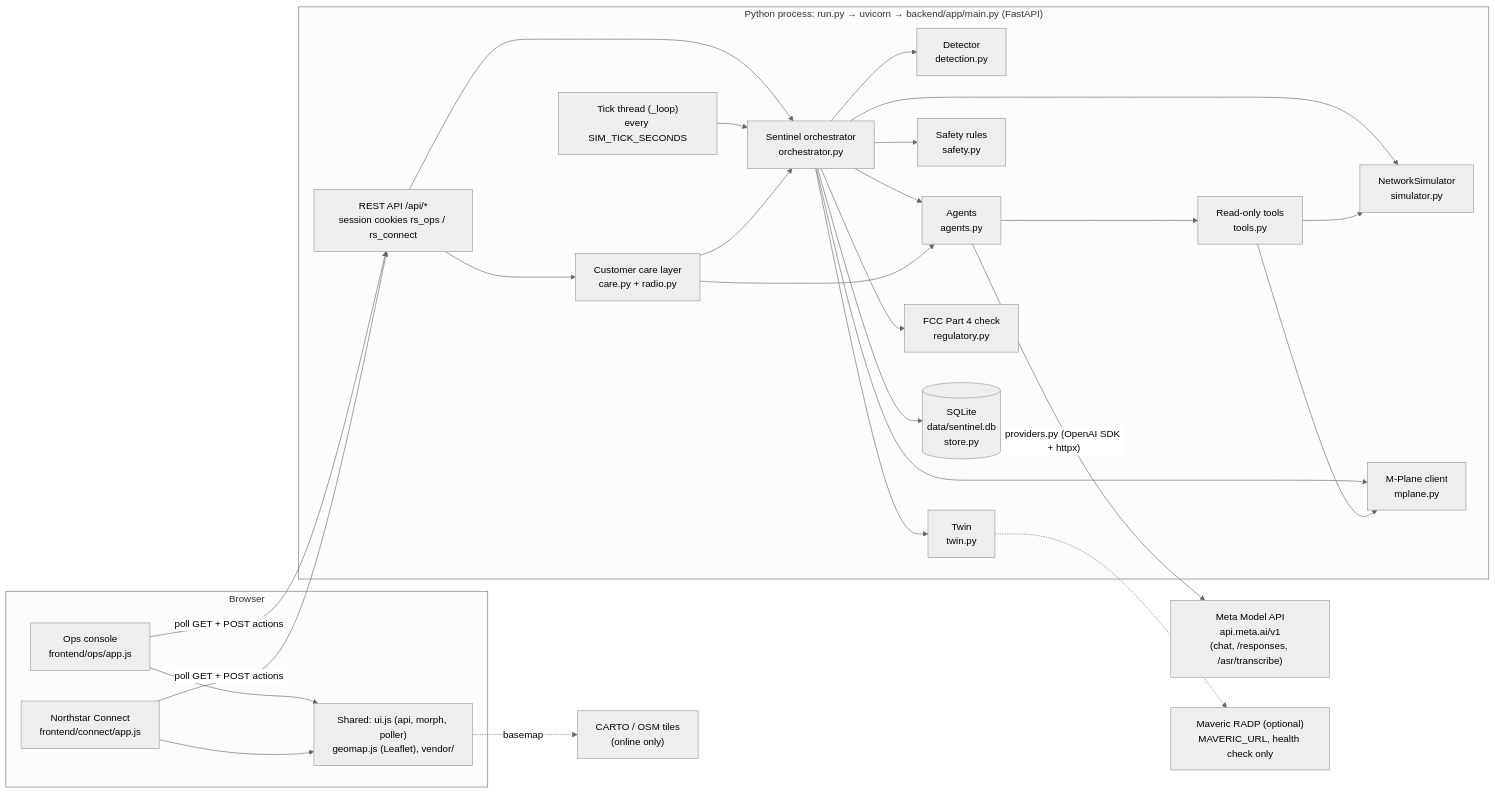
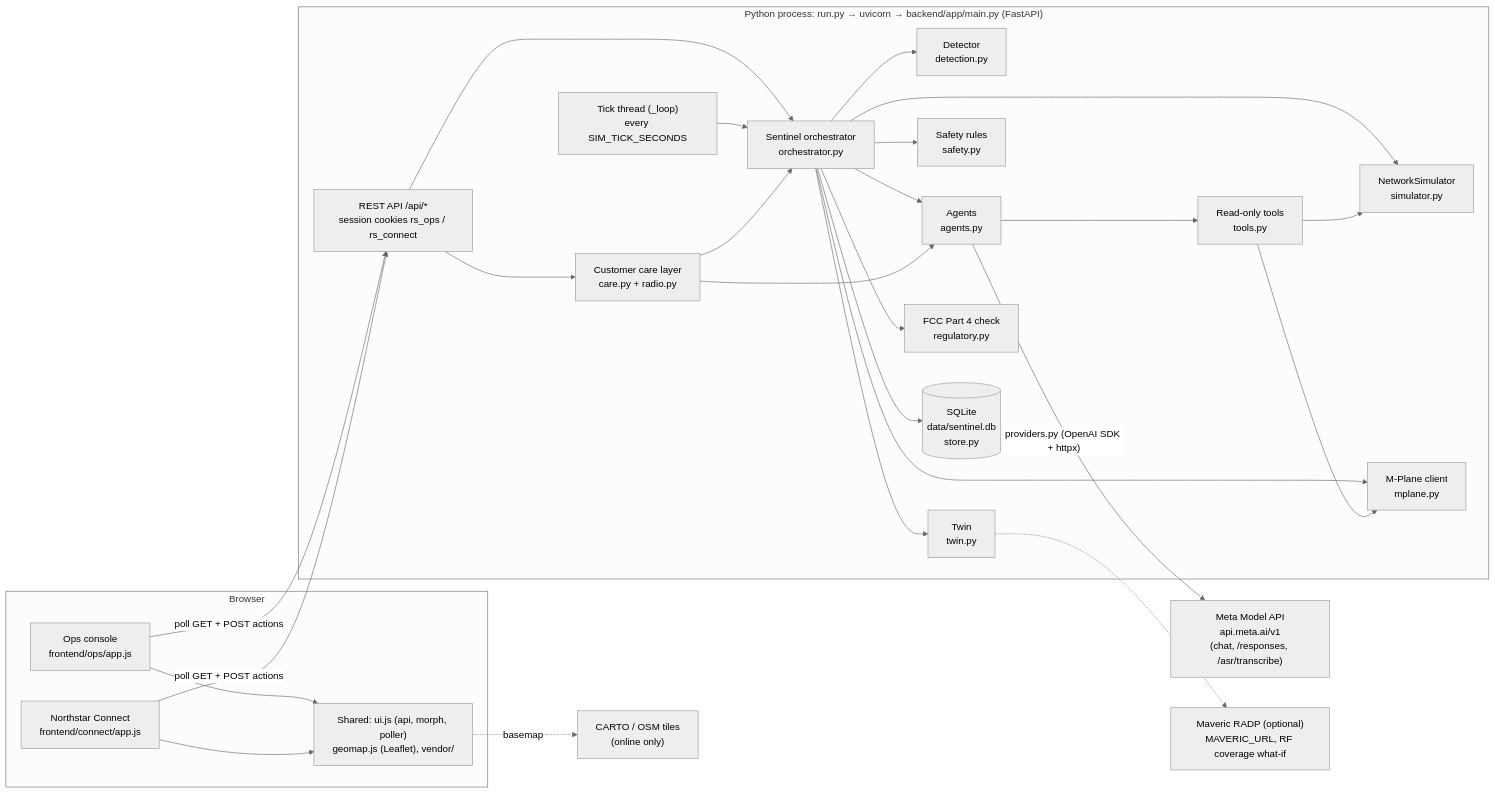
One commit to AKMaasif/Meta-Ai-Global-Hackathon-Ran-Sentinel- changed the first of 3 diagrams in docs/SYSTEM_ARCHITECTURE.md. Above: the diagram before and after it, drawn with Mermaid (neutral theme). The commit also changed other lines of this file and 16 other files, not shown here.

Commit message:
Maveric RF twin for coverage what-ifs

````diff
--- a/docs/SYSTEM_ARCHITECTURE.md
+++ b/docs/SYSTEM_ARCHITECTURE.md
@@ -39,38 +39,38 @@
 ```mermaid
 flowchart LR
     subgraph Browser
         OPS["Ops console\nfrontend/ops/app.js"]
         CON["Northstar Connect\nfrontend/connect/app.js"]
         SH["Shared: ui.js (api, morph, poller)\ngeomap.js (Leaflet), vendor/"]
     end
     subgraph Server["Python process: run.py → uvicorn → backend/app/main.py (FastAPI)"]
         API["REST API /api/*\nsession cookies rs_ops / rs_connect"]
         LOOP["Tick thread (_loop)\nevery SIM_TICK_SECONDS"]
         SEN["Sentinel orchestrator\norchestrator.py"]
         SIM["NetworkSimulator\nsimulator.py"]
         DET["Detector\ndetection.py"]
         AG["Agents\nagents.py"]
         SAFE["Safety rules\nsafety.py"]
         TWIN["Twin\ntwin.py"]
         MP["M-Plane client\nmplane.py"]
         TOOLS["Read-only tools\ntools.py"]
         REG["FCC Part 4 check\nregulatory.py"]
         CARE["Customer care layer\ncare.py + radio.py"]
         DB[("SQLite\ndata/sentinel.db\nstore.py")]
     end
     META["Meta Model API\napi.meta.ai/v1\n(chat, /responses, /asr/transcribe)"]
-    MAV["Maveric RADP (optional)\nMAVERIC_URL, health check only"]
+    MAV["Maveric RADP (optional)\nMAVERIC_URL, RF coverage what-if"]
     TILES["CARTO / OSM tiles\n(online only)"]
 
     OPS -- "poll GET + POST actions" --> API
     CON -- "poll GET + POST actions" --> API
     OPS & CON --> SH
     SH -. basemap .-> TILES
     API --> SEN & CARE
     LOOP --> SEN
     SEN --> SIM & DET & AG & SAFE & TWIN & MP & REG & DB
     AG --> TOOLS --> SIM & MP
     AG -- "providers.py (OpenAI SDK + httpx)" --> META
     CARE --> SEN & AG
     TWIN -.-> MAV
 ```
````
